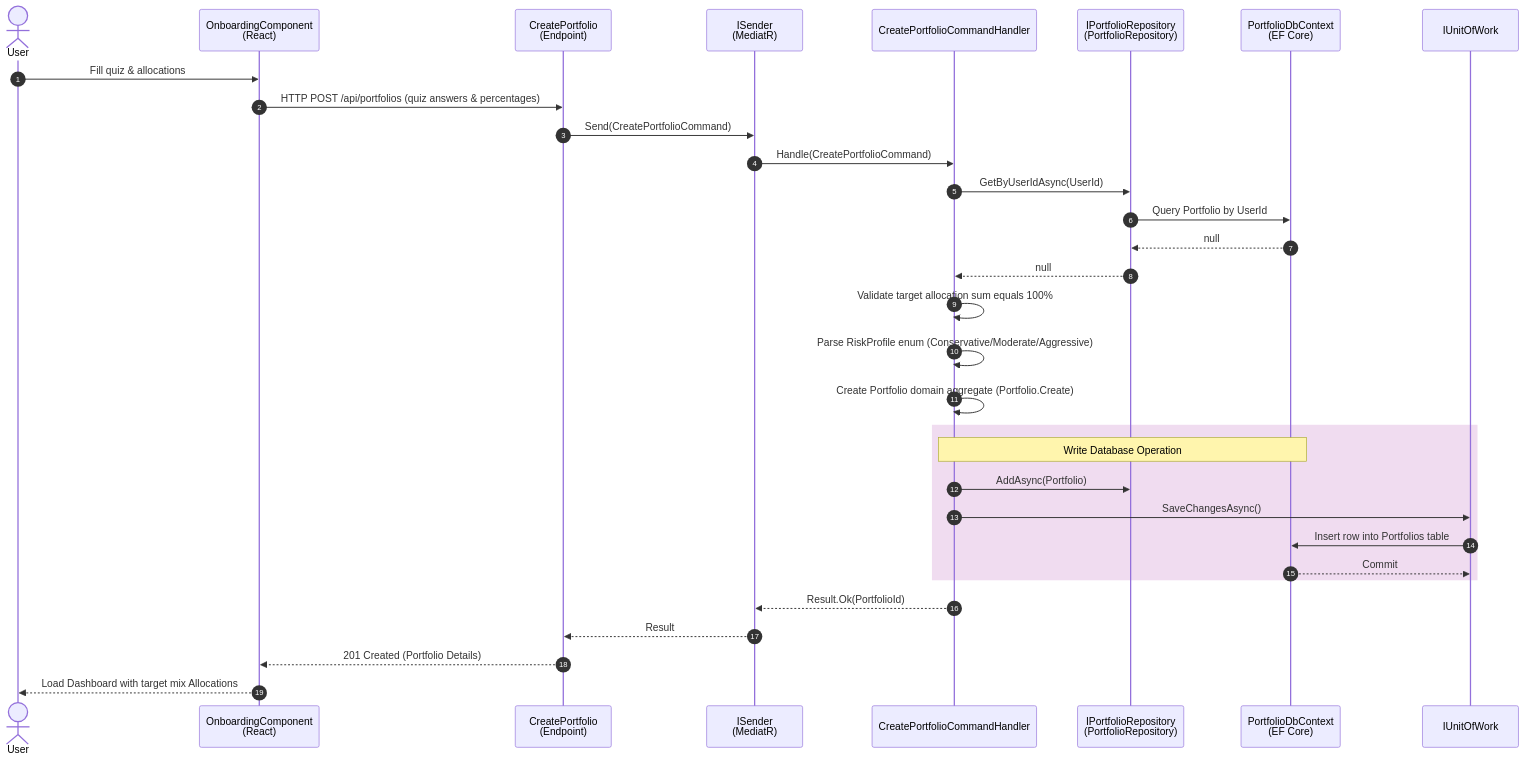
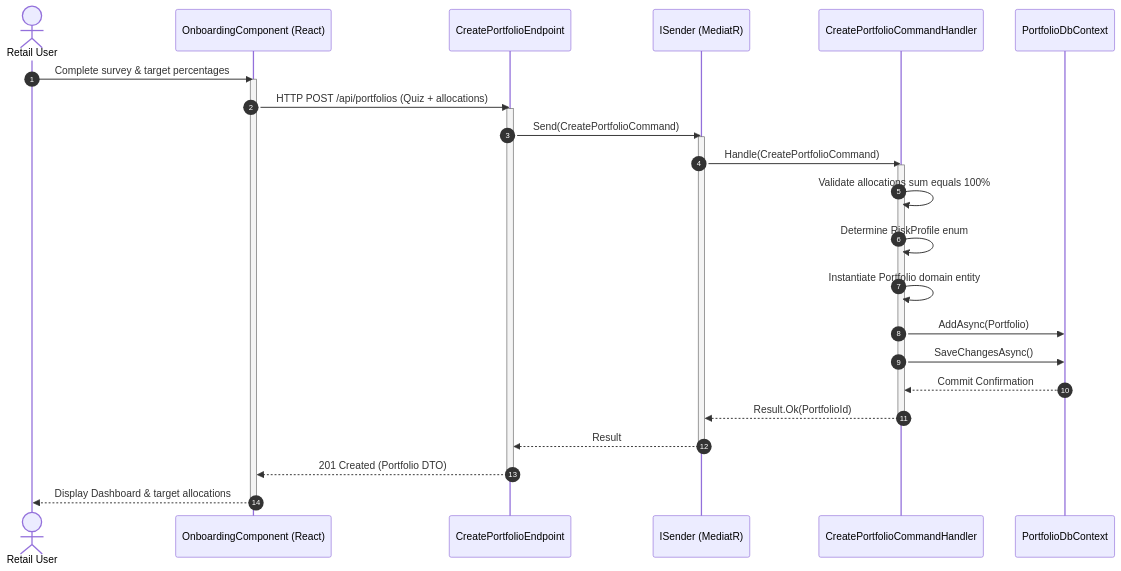
The third of 5 diagrams in SEQUENCE_DIAGRAM.md (DA7-WTDS/Graduation-project), drawn with Mermaid before and after one commit. The commit also changed other lines of this file and 2 other files, not shown here.

Commit message:
docs: refactor UML diagrams for standard compliance and add comprehensive documentation for QuantWise architecture.

````diff
--- a/SEQUENCE_DIAGRAM.md
+++ b/SEQUENCE_DIAGRAM.md
@@ -84,38 +111,36 @@
 ```mermaid
 sequenceDiagram
     autonumber
-    actor User
-    participant Onboard as OnboardingComponent<br/>(React)
-    participant Endpoint as CreatePortfolio<br/>(Endpoint)
-    participant MediatR as ISender<br/>(MediatR)
+    actor User as Retail User
+    participant UI as OnboardingComponent (React)
+    participant API as CreatePortfolioEndpoint
+    participant Mediator as ISender (MediatR)
     participant Handler as CreatePortfolioCommandHandler
-    participant Repository as IPortfolioRepository<br/>(PortfolioRepository)
-    participant DB as PortfolioDbContext<br/>(EF Core)
-    participant UoW as IUnitOfWork
+    participant DB as PortfolioDbContext
 
-    User->>Onboard: Fill quiz & allocations
-    Onboard->>Endpoint: HTTP POST /api/portfolios (quiz answers & percentages)
-    Endpoint->>MediatR: Send(CreatePortfolioCommand)
-    MediatR->>Handler: Handle(CreatePortfolioCommand)
-    Handler->>Repository: GetByUserIdAsync(UserId)
-    Repository->>DB: Query Portfolio by UserId
-    DB-->>Repository: null
-    Repository-->>Handler: null
-    
-    Handler->>Handler: Validate target allocation sum equals 100%
-    Handler->>Handler: Parse RiskProfile enum (Conservative/Moderate/Aggressive)
-    Handler->>Handler: Create Portfolio domain aggregate (Portfolio.Create)
-    
-    rect rgb(240, 220, 240)
-        note over Handler,DB: Write Database Operation
-        Handler->>Repository: AddAsync(Portfolio)
-        Handler->>UoW: SaveChangesAsync()
-        UoW->>DB: Insert row into Portfolios table
-        DB-->>UoW: Commit
-    end
-    
-    Handler-->>MediatR: Result.Ok(PortfolioId)
-    MediatR-->>Endpoint: Result
-    Endpoint-->>Onboard: 201 Created (Portfolio Details)
-    Onboard-->>User: Load Dashboard with target mix Allocations
+    User->>UI: Complete survey & target percentages
+    activate UI
+    UI->>API: HTTP POST /api/portfolios (Quiz + allocations)
+    activate API
+    API->>Mediator: Send(CreatePortfolioCommand)
+    activate Mediator
+    Mediator->>Handler: Handle(CreatePortfolioCommand)
+    activate Handler
+
+    Handler->>Handler: Validate allocations sum equals 100%
+    Handler->>Handler: Determine RiskProfile enum
+    Handler->>Handler: Instantiate Portfolio domain entity
+
+    Handler->>DB: AddAsync(Portfolio)
+    Handler->>DB: SaveChangesAsync()
+    DB-->>Handler: Commit Confirmation
+
+    Handler-->>Mediator: Result.Ok(PortfolioId)
+    deactivate Handler
+    Mediator-->>API: Result
+    deactivate Mediator
+    API-->>UI: 201 Created (Portfolio DTO)
+    deactivate API
+    UI-->>User: Display Dashboard & target allocations
+    deactivate UI
 ```
````
